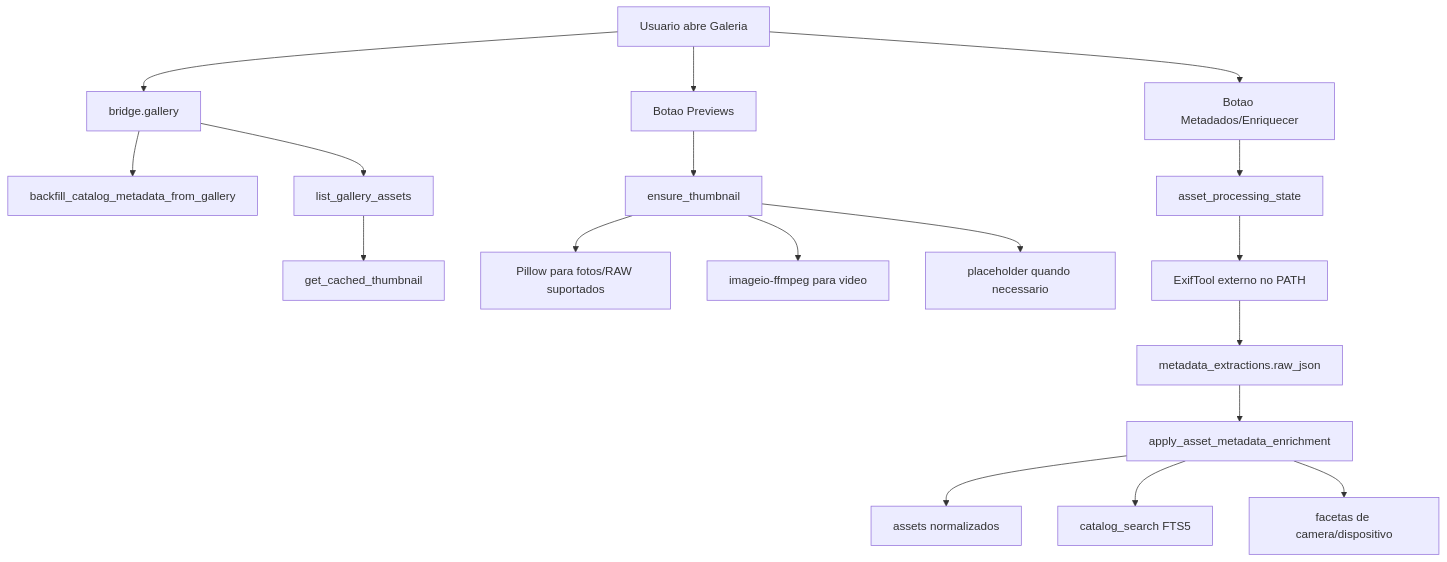
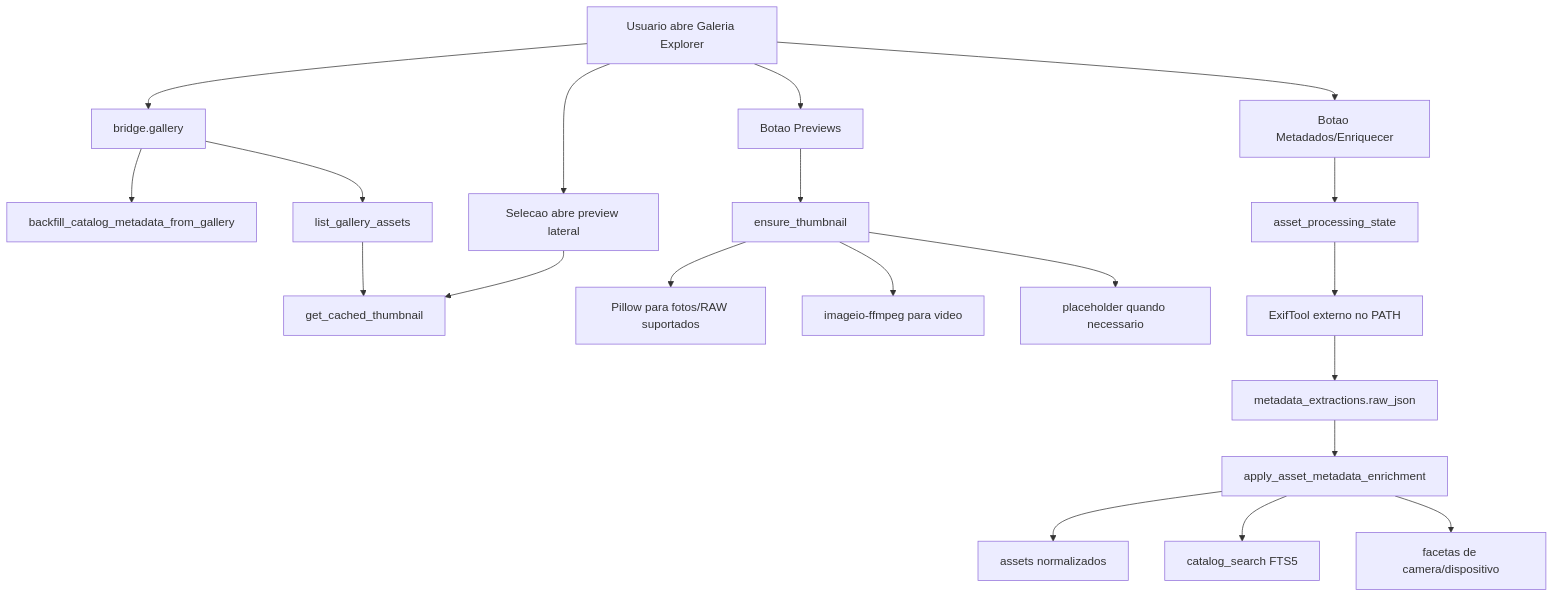
Before and after one commit to caiosegovia/PhotoVault: the fifth of 5 diagrams in docs/ARCHITECTURE.md, drawn with Mermaid. The commit also changed other lines of this file and 11 other files, not shown here.

Commit message:
Consolidate gallery explorer and cockpit docs

````diff
--- a/docs/ARCHITECTURE.md
+++ b/docs/ARCHITECTURE.md
@@ -200,21 +200,23 @@
 ```mermaid
 flowchart TB
-    Gallery["Usuario abre Galeria"] --> Payload["bridge.gallery"]
+    Gallery["Usuario abre Galeria Explorer"] --> Payload["bridge.gallery"]
     Payload --> Backfill["backfill_catalog_metadata_from_gallery"]
     Payload --> Items["list_gallery_assets"]
     Items --> Cached["get_cached_thumbnail"]
+    Gallery --> Inspector["Selecao abre preview lateral"]
+    Inspector --> Cached
     Gallery --> Ensure["Botao Previews"]
     Ensure --> Thumb["ensure_thumbnail"]
     Thumb --> Photo["Pillow para fotos/RAW suportados"]
     Thumb --> Video["imageio-ffmpeg para video"]
     Thumb --> Placeholder["placeholder quando necessario"]
 
     Gallery --> Enrich["Botao Metadados/Enriquecer"]
     Enrich --> Queue["asset_processing_state"]
     Queue --> ExifTool["ExifTool externo no PATH"]
     ExifTool --> Raw["metadata_extractions.raw_json"]
     Raw --> Promote["apply_asset_metadata_enrichment"]
     Promote --> Assets["assets normalizados"]
     Promote --> Search["catalog_search FTS5"]
     Promote --> Facets["facetas de camera/dispositivo"]
 ```
````
